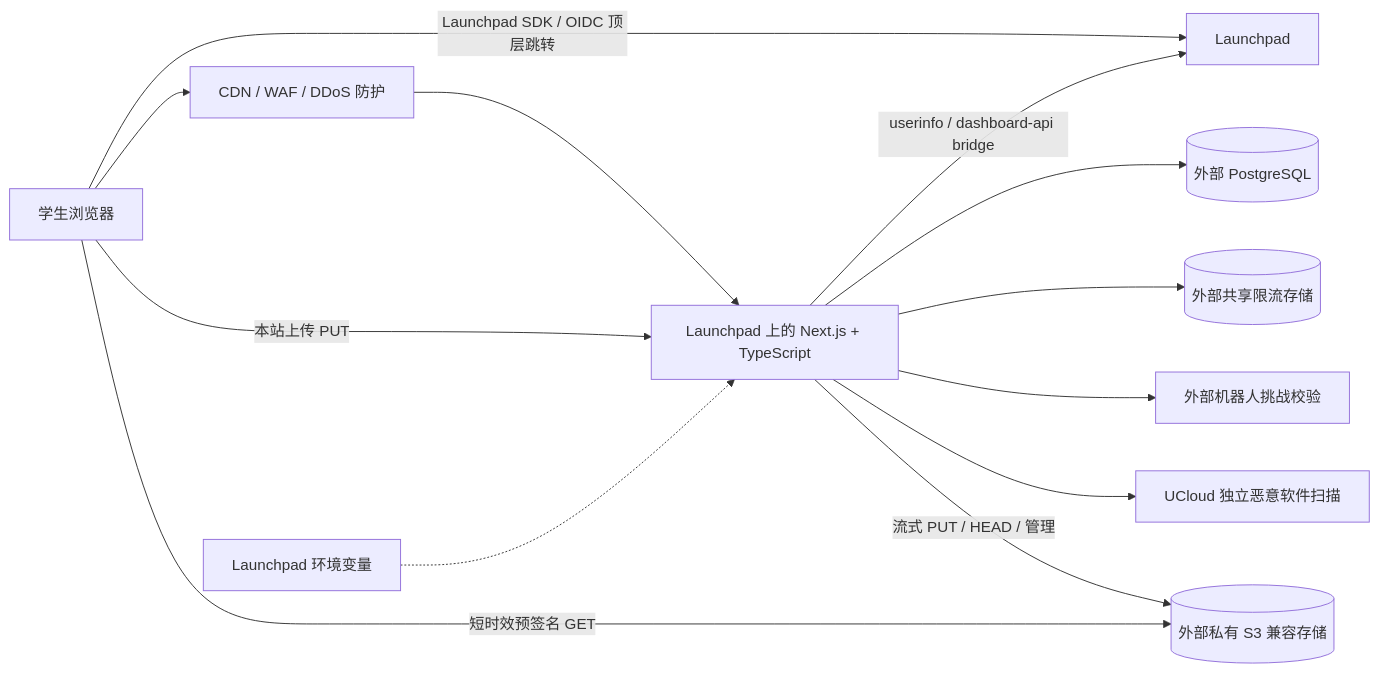
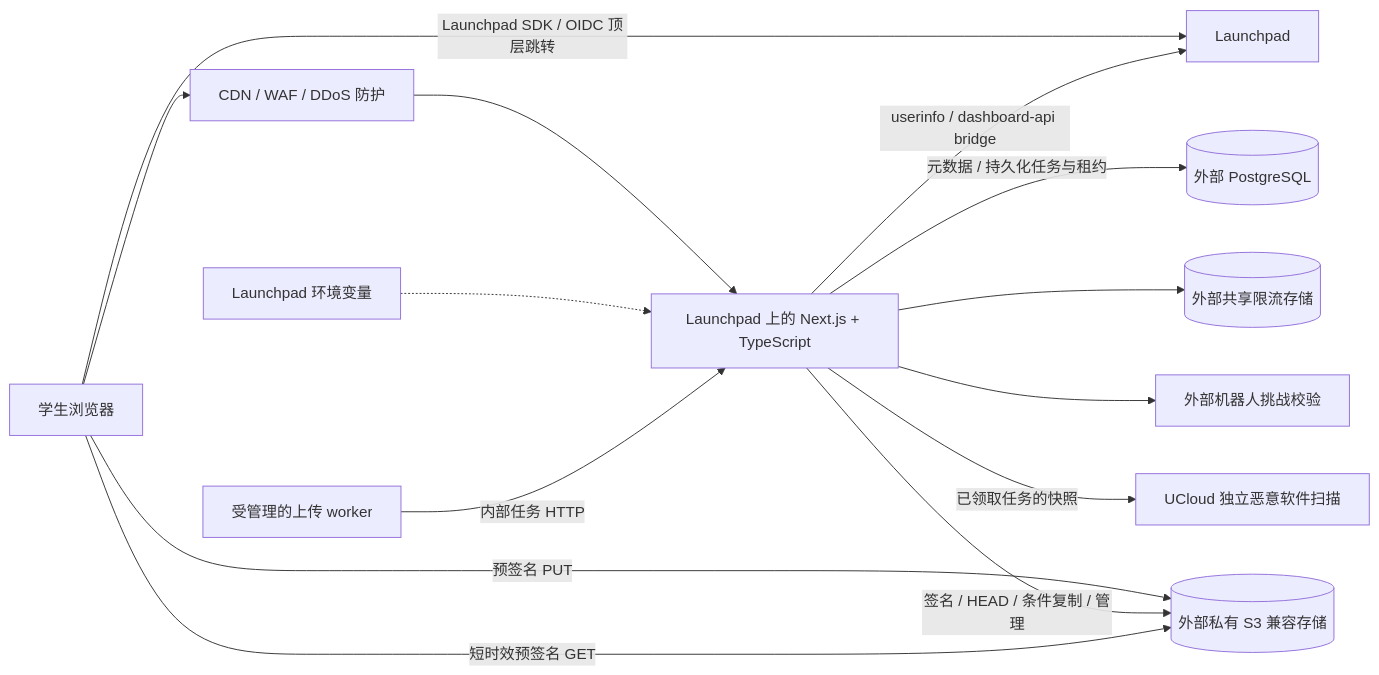
One commit to summerliang74/sider changed the diagram in SHSID-Online-MVP-PRD.md. Above: the diagram before and after it, drawn with Mermaid. The commit also changed other lines of this file and 42 other files, not shown here.

````diff
--- a/SHSID-Online-MVP-PRD.md
+++ b/SHSID-Online-MVP-PRD.md
@@ -253,15 +255,16 @@
 ```mermaid
 flowchart LR
     U[学生浏览器] --> E[CDN / WAF / DDoS 防护]
     E --> N[Launchpad 上的 Next.js + TypeScript]
     U -->|Launchpad SDK / OIDC 顶层跳转| L[Launchpad]
-    U -->|本站上传 PUT| N
+    U -->|预签名 PUT| S
     N -->|userinfo / dashboard-api bridge| L
     V[Launchpad 环境变量] -.-> N
-    N --> P[(外部 PostgreSQL)]
+    W[受管理的上传 worker] -->|内部任务 HTTP| N
+    N -->|元数据 / 持久化任务与租约| P[(外部 PostgreSQL)]
     N --> R[(外部共享限流存储)]
     N --> B[外部机器人挑战校验]
-    N --> M[UCloud 独立恶意软件扫描]
-    N -->|流式 PUT / HEAD / 管理| S[(外部私有 S3 兼容存储)]
+    N -->|已领取任务的快照| M[UCloud 独立恶意软件扫描]
+    N -->|签名 / HEAD / 条件复制 / 管理| S[(外部私有 S3 兼容存储)]
     U -->|短时效预签名 GET| S
 ```
````
